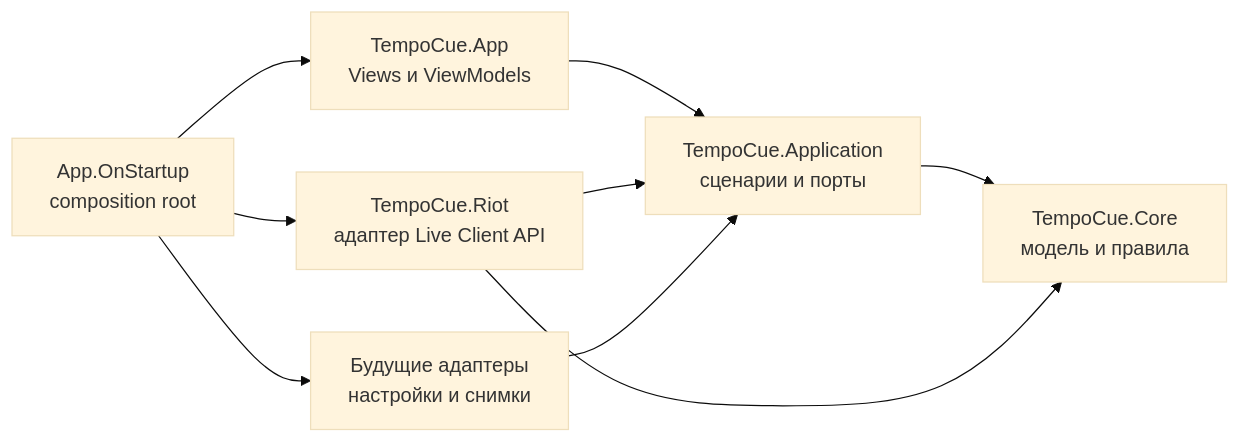
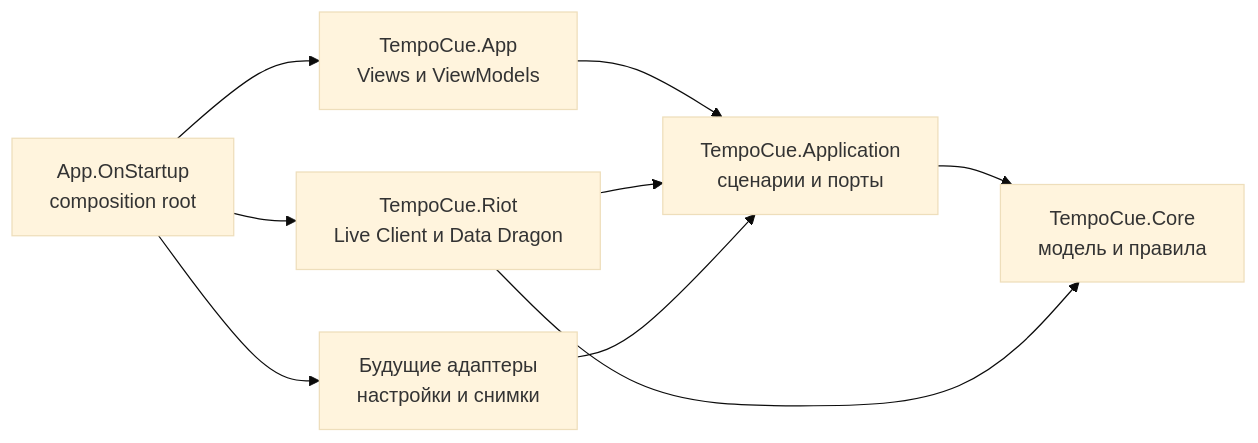
The diagram in docs/architecture.md (Deokti/TempoCue), drawn with Mermaid (base theme) before and after one commit. The commit also changed other lines of this file and 27 other files, not shown here.

First line of the commit message:
feat(coaching): добавить выбор игрового патча из Data Dragon

````diff
--- a/docs/architecture.md
+++ b/docs/architecture.md
@@ -83,11 +83,11 @@
 ```mermaid
 flowchart LR
     View["TempoCue.App<br/>Views и ViewModels"] --> Application["TempoCue.Application<br/>сценарии и порты"]
     Application --> Core["TempoCue.Core<br/>модель и правила"]
-    Riot["TempoCue.Riot<br/>адаптер Live Client API"] --> Application
+    Riot["TempoCue.Riot<br/>Live Client и Data Dragon"] --> Application
     Riot --> Core
     Persistence["Будущие адаптеры<br/>настройки и снимки"] --> Application
     Composition["App.OnStartup<br/>composition root"] --> View
     Composition --> Riot
     Composition --> Persistence
 ```
````
